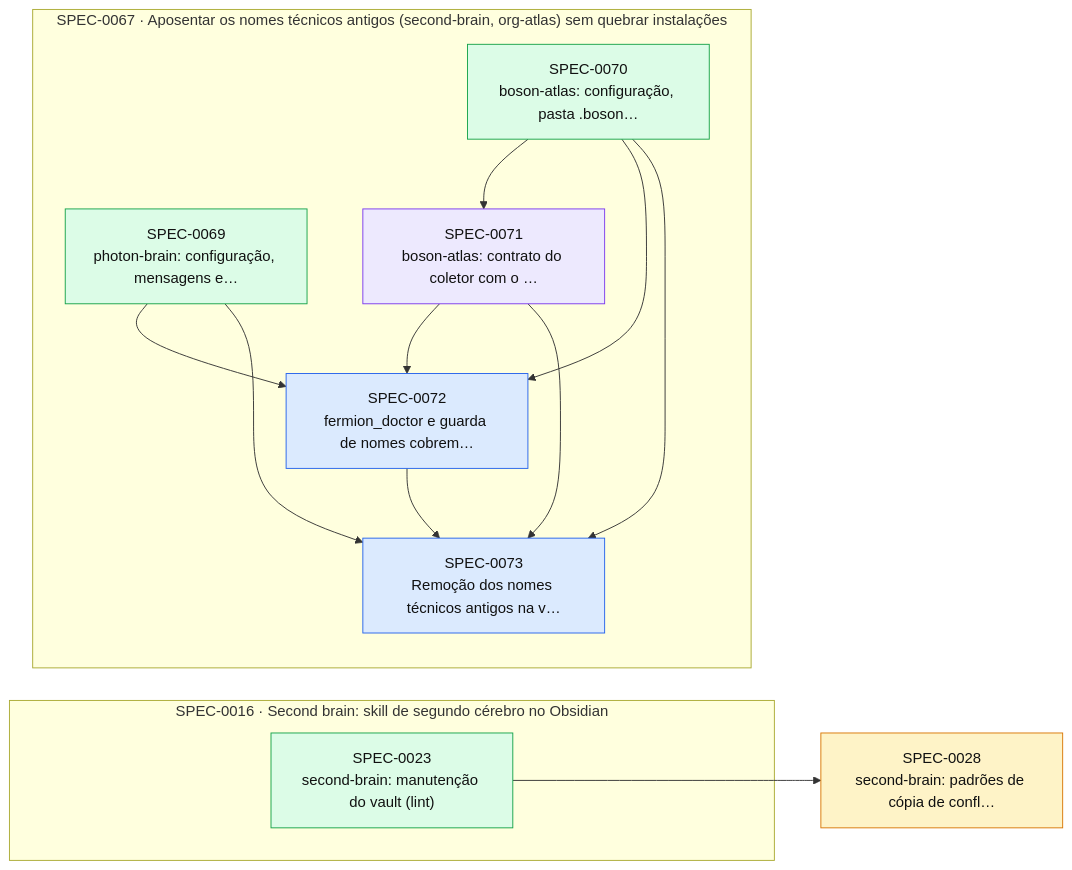
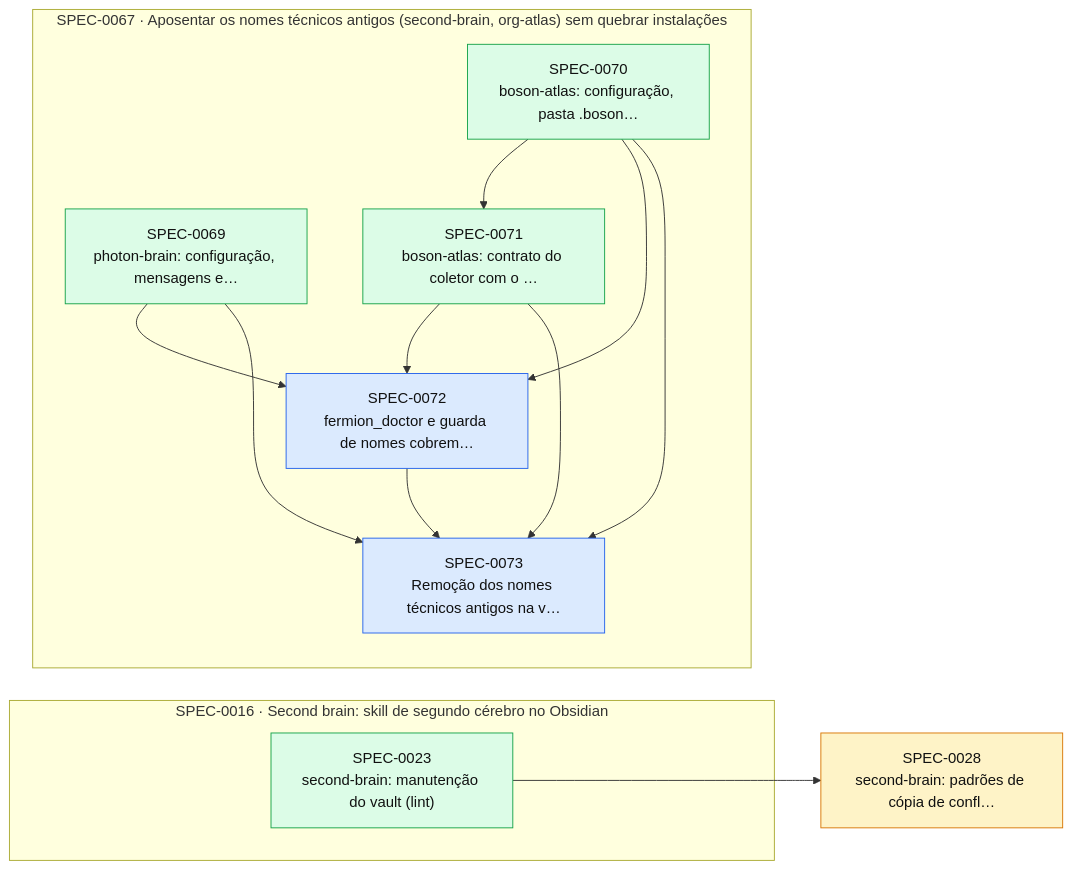
The diagram in docs/specs/INDEX.md (thomasravache/ai-dev-brain), drawn with Mermaid before and after one commit. The commit also changed other lines of this file and 1 other file, not shown here.

First line of the commit message:
docs(specs): G7 e fechamento da SPEC-0071

````diff
--- a/docs/specs/INDEX.md
+++ b/docs/specs/INDEX.md
@@ -54,28 +53,28 @@
 ```mermaid
 flowchart LR
   S0028["SPEC-0028<br/>second-brain: padrões de cópia de confl…"]:::proposed
   subgraph E0016["SPEC-0016 · Second brain: skill de segundo cérebro no Obsidian"]
     S0023["SPEC-0023<br/>second-brain: manutenção do vault (lint)"]:::implemented
   end
   subgraph E0067["SPEC-0067 · Aposentar os nomes técnicos antigos (second-brain, org-atlas) sem quebrar instalações"]
     S0069["SPEC-0069<br/>photon-brain: configuração, mensagens e…"]:::implemented
     S0070["SPEC-0070<br/>boson-atlas: configuração, pasta .boson…"]:::implemented
-    S0071["SPEC-0071<br/>boson-atlas: contrato do coletor com o …"]:::inprogress
+    S0071["SPEC-0071<br/>boson-atlas: contrato do coletor com o …"]:::implemented
     S0072["SPEC-0072<br/>fermion_doctor e guarda de nomes cobrem…"]:::approved
     S0073["SPEC-0073<br/>Remoção dos nomes técnicos antigos na v…"]:::approved
   end
   S0023 --> S0028
   S0070 --> S0071
   S0069 --> S0072
   S0070 --> S0072
   S0071 --> S0072
   S0069 --> S0073
   S0070 --> S0073
   S0071 --> S0073
   S0072 --> S0073
   classDef proposed fill:#fef3c7,stroke:#d97706,color:#111
   classDef approved fill:#dbeafe,stroke:#2563eb,color:#111
   classDef inprogress fill:#ede9fe,stroke:#7c3aed,color:#111
   classDef implemented fill:#dcfce7,stroke:#16a34a,color:#111
   classDef deprecated fill:#f3f4f6,stroke:#9ca3af,color:#6b7280
 ```
````
